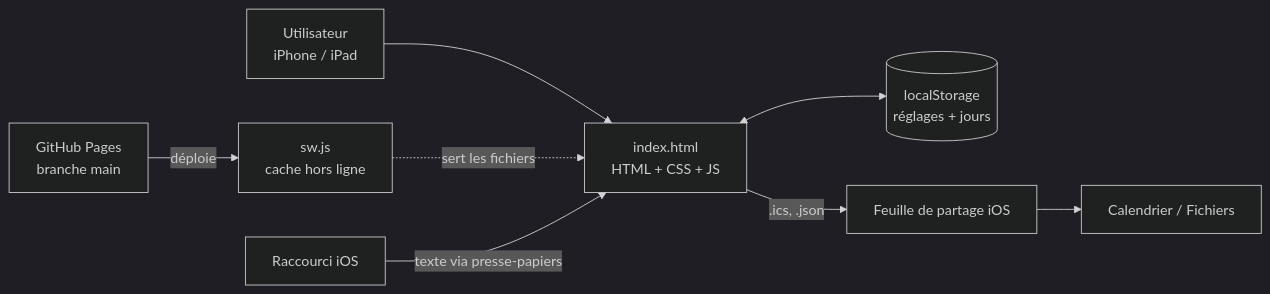
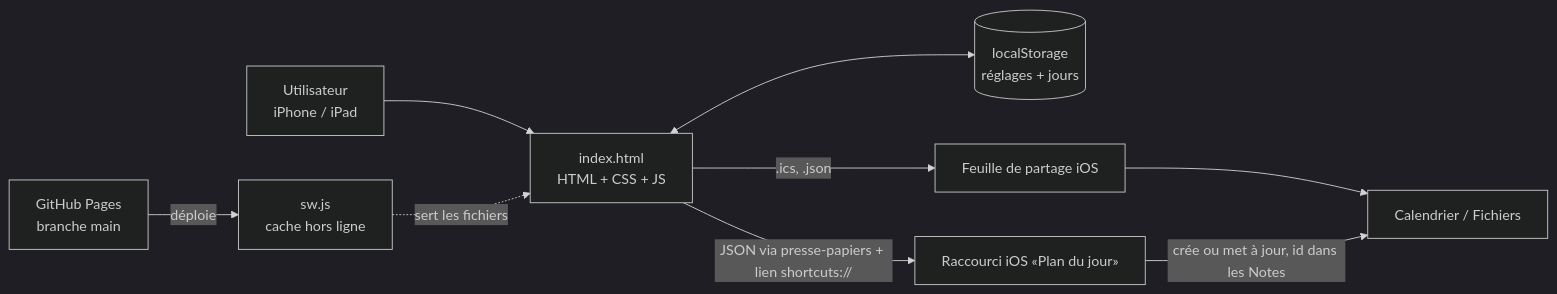
The first of 4 diagrams in ARCHITECTURE.md (Maximeavril1869/PlanDuJour), drawn with Mermaid (dark theme) before and after one commit. The commit also changed other lines of this file and 8 other files, not shown here.

````diff
--- a/ARCHITECTURE.md
+++ b/ARCHITECTURE.md
@@ -11,10 +11,11 @@
 ```mermaid
 flowchart LR
   U[Utilisateur<br/>iPhone / iPad] --> APP[index.html<br/>HTML + CSS + JS]
   APP <--> LS[(localStorage<br/>réglages + jours)]
   SW[sw.js<br/>cache hors ligne] -. sert les fichiers .-> APP
   APP -->|.ics, .json| SH[Feuille de partage iOS]
   SH --> CAL[Calendrier / Fichiers]
-  RAC[Raccourci iOS] -->|texte via presse-papiers| APP
+  APP -->|JSON via presse-papiers + lien shortcuts://| RAC[Raccourci iOS «Plan du jour»]
+  RAC -->|crée ou met à jour, id dans les Notes| CAL
   GH[GitHub Pages<br/>branche main] -->|déploie| SW
 ```
````
